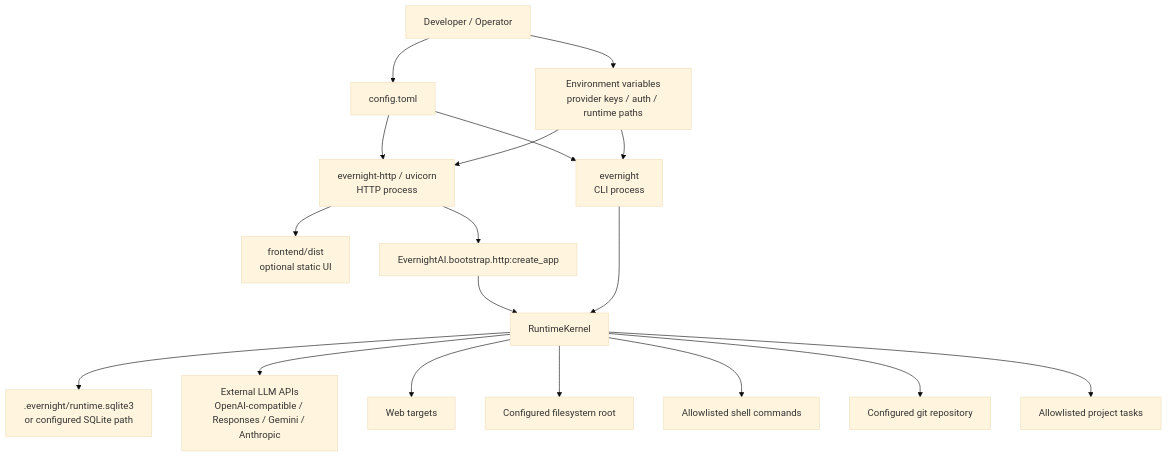
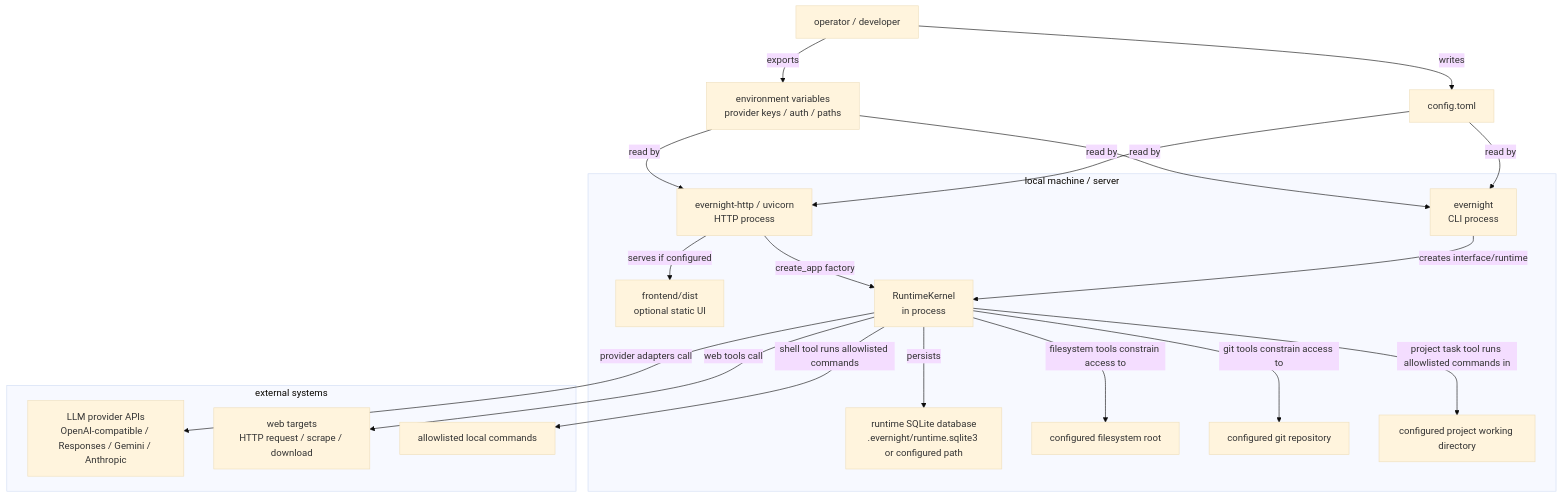
One commit to Evernight275/EvernightAI changed the sixth of 6 diagrams in docs/architecture-diagrams.md. Above: the diagram before and after it, drawn with Mermaid (base theme). The commit also changed other lines of this file, not shown here.

Commit message:
Clarify architecture diagram views

````diff
--- a/docs/architecture-diagrams.md
+++ b/docs/architecture-diagrams.md
@@ -302,42 +291,42 @@
 ```mermaid
 flowchart TD
-    Operator["Developer / Operator"]
-    ConfigFile["config.toml"]
-    Env["Environment variables<br/>provider keys / auth / runtime paths"]
+    Operator["operator / developer"]
+    Config["config.toml"]
+    Env["environment variables<br/>provider keys / auth / paths"]
 
-    CLIProcess["evernight<br/>CLI process"]
-    HTTPProcess["evernight-http / uvicorn<br/>HTTP process"]
-    StaticFrontend["frontend/dist<br/>optional static UI"]
+    subgraph LocalMachine["local machine / server"]
+        CLIProcess["evernight<br/>CLI process"]
+        HTTPProcess["evernight-http / uvicorn<br/>HTTP process"]
+        StaticUI["frontend/dist<br/>optional static UI"]
+        Runtime["RuntimeKernel<br/>in process"]
+        SQLite["runtime SQLite database<br/>.evernight/runtime.sqlite3 or configured path"]
+        FSRoot["configured filesystem root"]
+        GitRepo["configured git repository"]
+        ProjectRoot["configured project working directory"]
+    end
 
-    AppFactory["EvernightAI.bootstrap.http:create_app"]
-    Runtime["RuntimeKernel"]
-    SQLite[".evernight/runtime.sqlite3<br/>or configured SQLite path"]
+    subgraph External["external systems"]
+        Providers["LLM provider APIs<br/>OpenAI-compatible / Responses / Gemini / Anthropic"]
+        WebTargets["web targets<br/>HTTP request / scrape / download"]
+        ShellCommands["allowlisted local commands"]
+    end
 
-    Providers["External LLM APIs<br/>OpenAI-compatible / Responses / Gemini / Anthropic"]
-    Web["Web targets"]
-    Filesystem["Configured filesystem root"]
-    Shell["Allowlisted shell commands"]
-    Git["Configured git repository"]
-    Project["Allowlisted project tasks"]
+    Operator -- "writes" --> Config
+    Operator -- "exports" --> Env
+    Config -- "read by" --> CLIProcess
+    Config -- "read by" --> HTTPProcess
+    Env -- "read by" --> CLIProcess
+    Env -- "read by" --> HTTPProcess
 
-    Operator --> ConfigFile
-    Operator --> Env
+    CLIProcess -- "creates interface/runtime" --> Runtime
+    HTTPProcess -- "create_app factory" --> Runtime
+    HTTPProcess -- "serves if configured" --> StaticUI
 
-    ConfigFile --> CLIProcess
-    Env --> CLIProcess
-    ConfigFile --> HTTPProcess
-    Env --> HTTPProcess
-
-    HTTPProcess --> AppFactory
-    AppFactory --> Runtime
-    CLIProcess --> Runtime
-
-    HTTPProcess --> StaticFrontend
-    Runtime --> SQLite
-    Runtime --> Providers
-    Runtime --> Web
-    Runtime --> Filesystem
-    Runtime --> Shell
-    Runtime --> Git
-    Runtime --> Project
+    Runtime -- "persists" --> SQLite
+    Runtime -- "provider adapters call" --> Providers
+    Runtime -- "web tools call" --> WebTargets
+    Runtime -- "filesystem tools constrain access to" --> FSRoot
+    Runtime -- "git tools constrain access to" --> GitRepo
+    Runtime -- "project task tool runs allowlisted commands in" --> ProjectRoot
+    Runtime -- "shell tool runs allowlisted commands" --> ShellCommands
 ```
````
